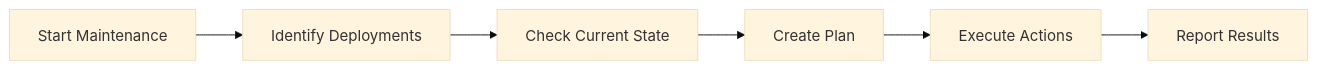
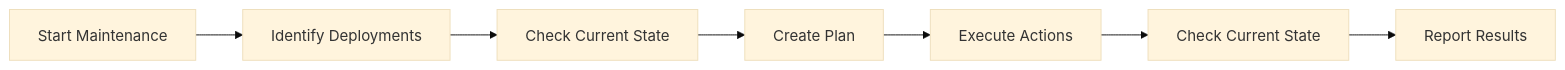
The second of 3 diagrams in Documentation/GettingStarted/core-concepts.md (immense/immybot-documentation), drawn with Mermaid (base theme) before and after one commit. The commit also changed other lines of this file and 10 other files, not shown here.

````diff
--- a/Documentation/GettingStarted/core-concepts.md
+++ b/Documentation/GettingStarted/core-concepts.md
@@ -40,8 +46,9 @@
 ```mermaid
 graph LR
     A[Start Maintenance] --> B[Identify Deployments]
     B --> C[Check Current State]
     C --> D[Create Plan]
     D --> E[Execute Actions]
-    E --> F[Report Results]
+    E --> F[Check Current State]
+    F --> G[Report Results]
 ```
````
